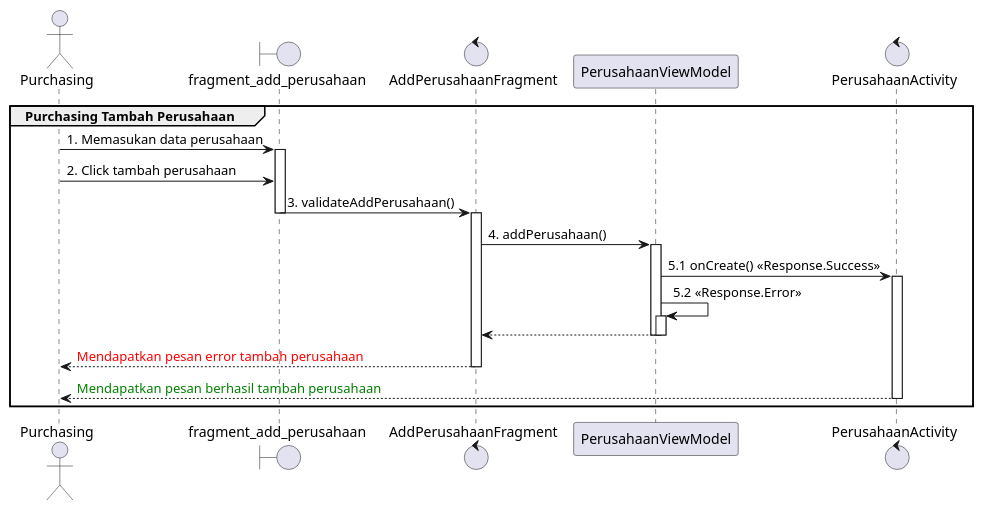
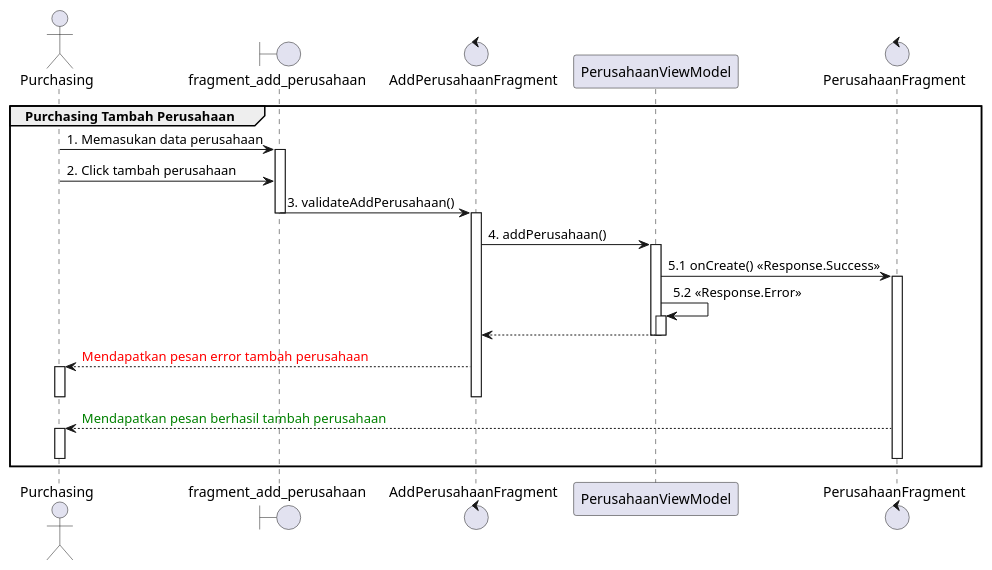
One commit to Pangeranmw/BurdaContractorAndroid changed the diagram in app/src/main/java/com/android/burdacontractor/diagram/sequencediagram/TambahPerusahaanSequence.puml. Above: the diagram before and after it, drawn with PlantUML. The commit also changed 33 other files, not shown here.

Commit message:
Sequence Diagram Done

```diff
--- a/app/src/main/java/com/android/burdacontractor/diagram/sequencediagram/TambahPerusahaanSequence.puml
+++ b/app/src/main/java/com/android/burdacontractor/diagram/sequencediagram/TambahPerusahaanSequence.puml
@@ -1,36 +1,40 @@
 @startuml
 'https://plantuml.com/sequence-diagram
 
 group Purchasing Tambah Perusahaan
     actor       Purchasing
     boundary    fragment_add_perusahaan
     control     AddPerusahaanFragment
 
     Purchasing -> fragment_add_perusahaan : 1. Memasukan data perusahaan
     activate fragment_add_perusahaan
     Purchasing -> fragment_add_perusahaan : 2. Click tambah perusahaan
 
     fragment_add_perusahaan -> AddPerusahaanFragment : 3. validateAddPerusahaan()
     deactivate fragment_add_perusahaan
 
     activate AddPerusahaanFragment
     AddPerusahaanFragment -> PerusahaanViewModel : 4. addPerusahaan()
     activate PerusahaanViewModel
 
-    control PerusahaanActivity
-    PerusahaanViewModel -> PerusahaanActivity : 5.1 onCreate() <<Response.Success>>
-    activate PerusahaanActivity
+    control PerusahaanFragment
+    PerusahaanViewModel -> PerusahaanFragment : 5.1 onCreate() <<Response.Success>>
+    activate PerusahaanFragment
 
     PerusahaanViewModel -> PerusahaanViewModel : 5.2 <<Response.Error>>
     activate PerusahaanViewModel
     AddPerusahaanFragment <-- PerusahaanViewModel
     deactivate PerusahaanViewModel
     deactivate PerusahaanViewModel
 
     Purchasing <-- AddPerusahaanFragment : <font color=red>Mendapatkan pesan error tambah perusahaan
+    activate Purchasing
+    deactivate Purchasing
     deactivate AddPerusahaanFragment
 
-    Purchasing <-- PerusahaanActivity :  <font color=green>Mendapatkan pesan berhasil tambah perusahaan
-    deactivate PerusahaanActivity
+    Purchasing <-- PerusahaanFragment :  <font color=green>Mendapatkan pesan berhasil tambah perusahaan
+    activate Purchasing
+    deactivate Purchasing
+    deactivate PerusahaanFragment
 end
 @enduml
```
